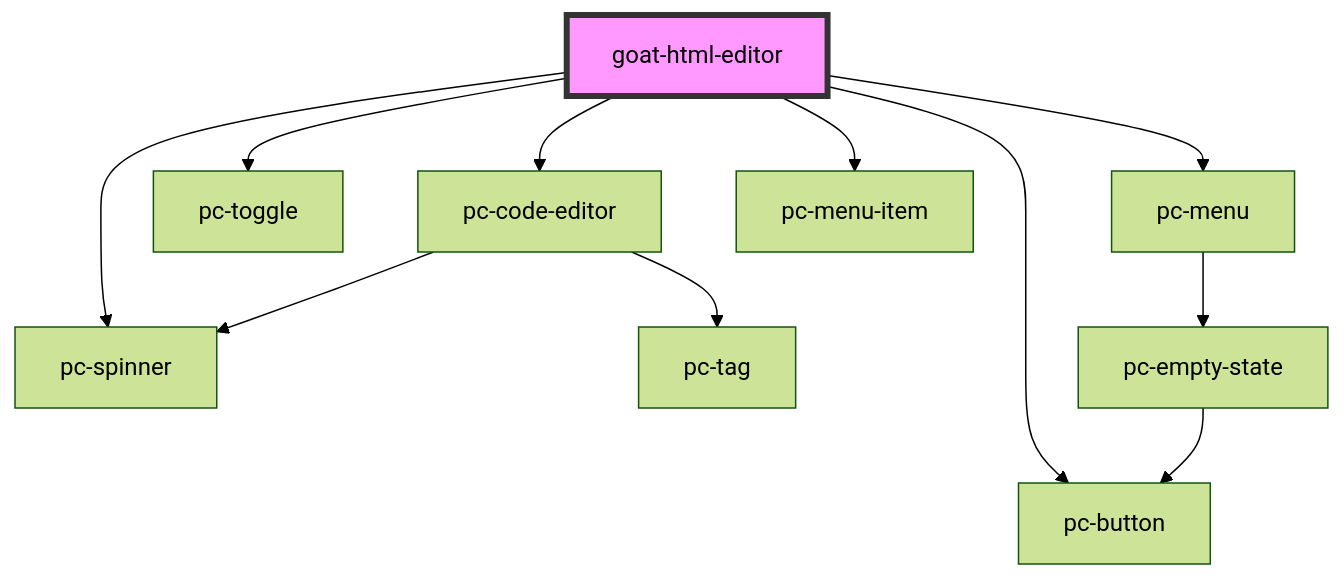
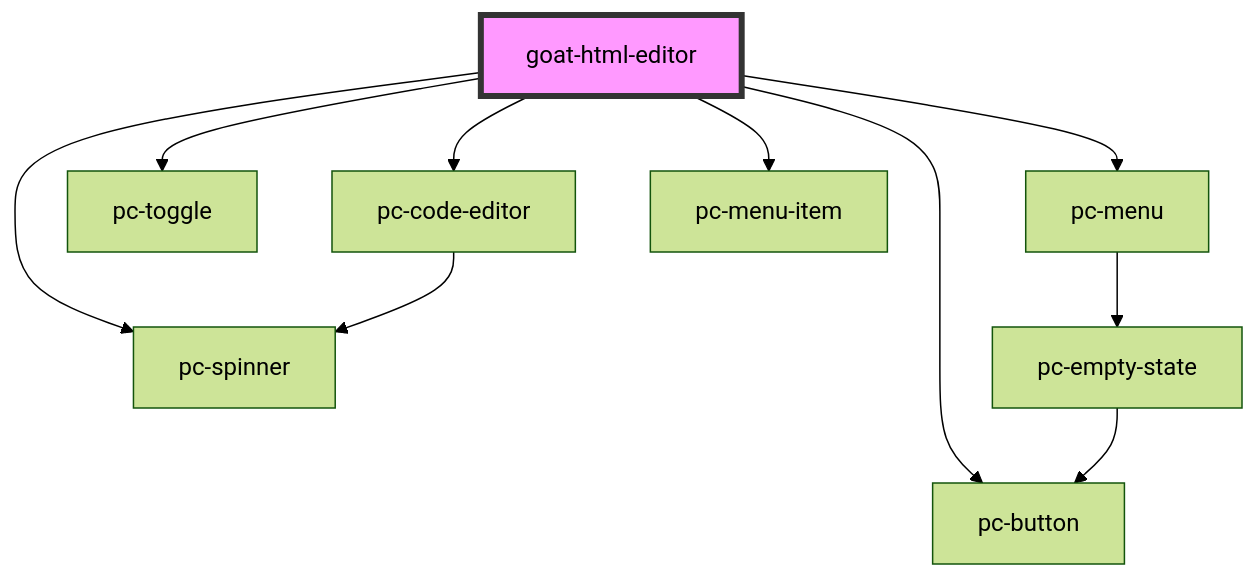
The diagram in src/components/input-controls/html-editor/readme.md (redvars/peacock), drawn with Mermaid (forest theme) before and after one commit. The commit also changed 112 other files, not shown here.

````diff
--- a/src/components/input-controls/html-editor/readme.md
+++ b/src/components/input-controls/html-editor/readme.md
@@ -84,14 +84,13 @@
 ```mermaid
 graph TD;
   goat-html-editor --> pc-button
   goat-html-editor --> pc-spinner
   goat-html-editor --> pc-code-editor
   goat-html-editor --> pc-toggle
   goat-html-editor --> pc-menu
   goat-html-editor --> pc-menu-item
-  pc-code-editor --> pc-tag
   pc-code-editor --> pc-spinner
   pc-menu --> pc-empty-state
   pc-empty-state --> pc-button
   style goat-html-editor fill:#f9f,stroke:#333,stroke-width:4px
 ```
````
